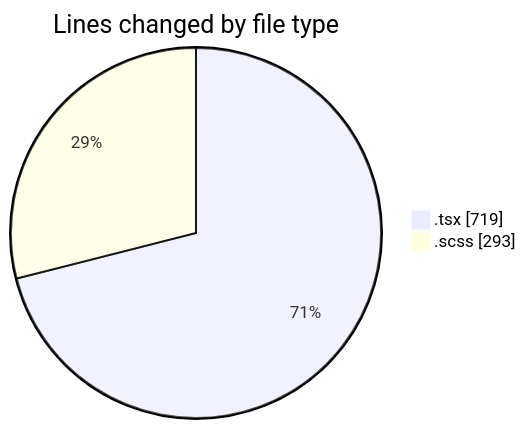
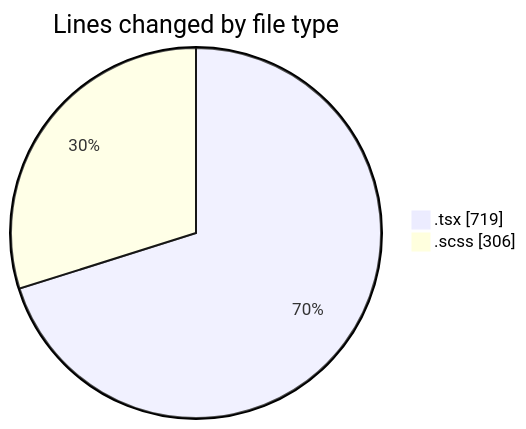
Before and after one commit to momahboobian/code-tracking: the first of 2 diagrams in 2025-10-06/cda/README.md, drawn with Mermaid. The commit also changed other lines of this file and 1 other file, not shown here.

````diff
--- a/2025-10-06/cda/README.md
+++ b/2025-10-06/cda/README.md
@@ -23,6 +23,6 @@
 ```mermaid
 pie showData
 title Lines changed by file type
 ".tsx" : 719
-".scss" : 293
+".scss" : 306
 ```
````
